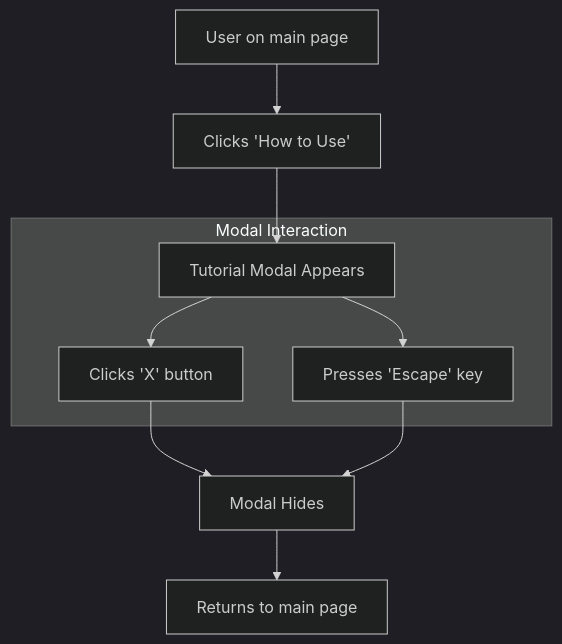
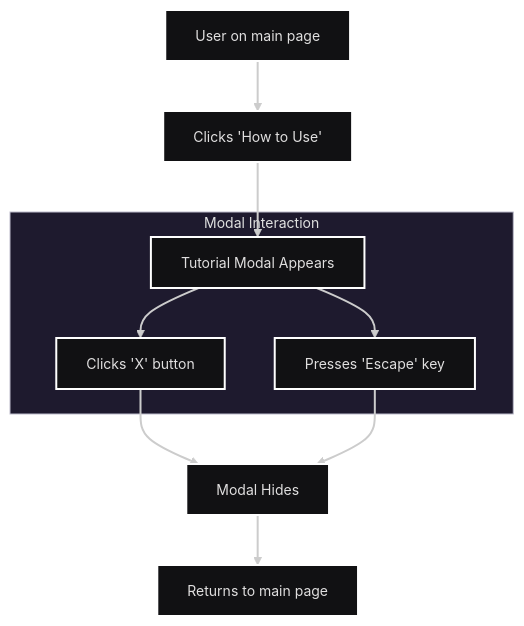
One commit to UnityNimit/TerraFormancer changed the fourth of 4 diagrams in README.md. Above: the diagram before and after it, drawn with Mermaid. The commit also changed other lines of this file, not shown here.

````diff
--- a/README.md
+++ b/README.md
@@ -244,17 +234,18 @@
-      ```mermaid
-      ---
-      config:
-        theme: dark
-      ---
-      graph TD
-        A["User on main page"]
-        A --> B["Clicks 'How to Use'"]
-        B --> C["Tutorial Modal Appears"]
-        subgraph "Modal Interaction"
-          C --> D1["Clicks 'X' button"]
-          C --> D2["Presses 'Escape' key"]
-        end
-        D1 --> E["Modal Hides"]
-        D2 --> E
-        E --> F["Returns to main page"]
-      ```
+```mermaid
+---
+config:
+  theme: redux-dark
+  look: classic
+---
+graph TD
+  A["User on main page"]
+  A --> B["Clicks 'How to Use'"]
+  B --> C["Tutorial Modal Appears"]
+  subgraph "Modal Interaction"
+    C --> D1["Clicks 'X' button"]
+    C --> D2["Presses 'Escape' key"]
+  end
+  D1 --> E["Modal Hides"]
+  D2 --> E
+  E --> F["Returns to main page"]
+```
````
